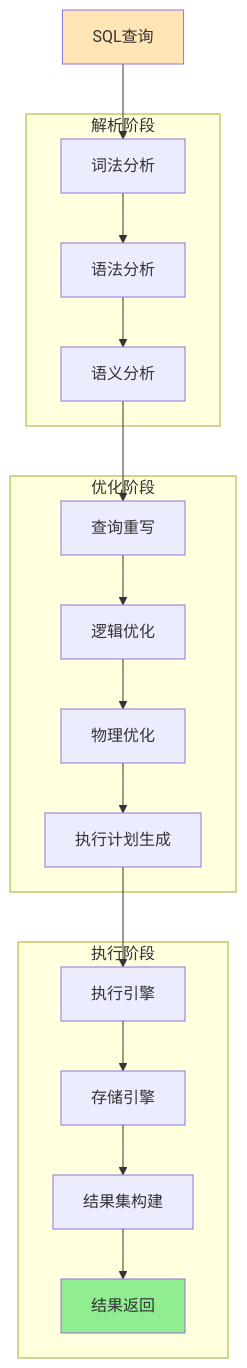
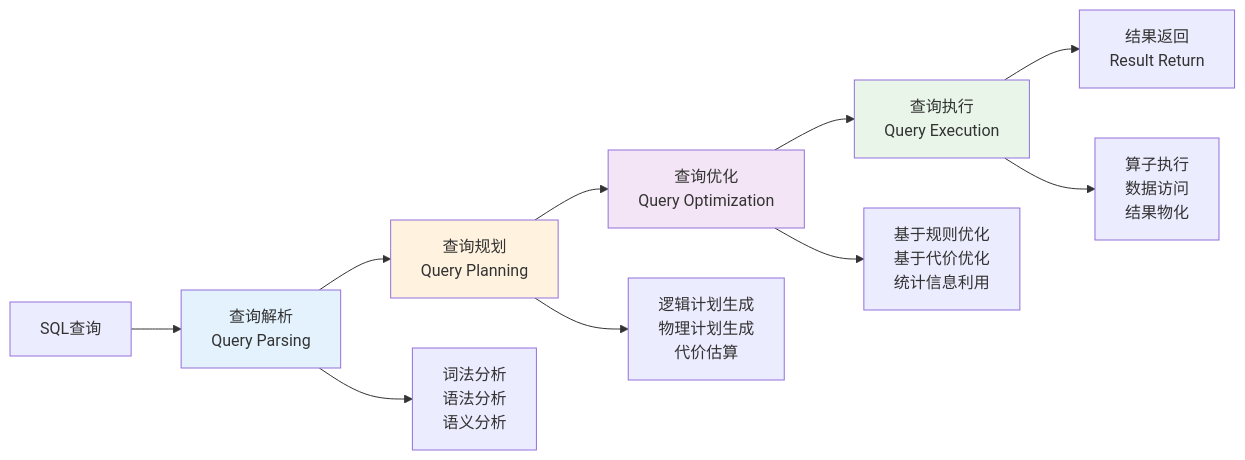
The first of 9 diagrams in md/第二章-相关背景与理论基础.md (crazypenguincode/duckdb), drawn with Mermaid before and after one commit. The commit also changed other lines of this file and 361 other files, not shown here.

````diff
--- a/md/第二章-相关背景与理论基础.md
+++ b/md/第二章-相关背景与理论基础.md
@@ -9,37 +9,18 @@
 ```mermaid
-graph TD
-    A[SQL查询] --> B[词法分析]
-    B --> C[语法分析]
-    C --> D[语义分析]
-    D --> E[查询重写]
-    E --> F[逻辑优化]
-    F --> G[物理优化]
-    G --> H[执行计划生成]
-    H --> I[执行引擎]
-    I --> J[存储引擎]
-    J --> K[结果集构建]
-    K --> L[结果返回]
+graph LR
+    A[SQL查询] --> B[查询解析<br/>Query Parsing]
+    B --> C[查询规划<br/>Query Planning]
+    C --> D[查询优化<br/>Query Optimization]
+    D --> E[查询执行<br/>Query Execution]
+    E --> F[结果返回<br/>Result Return]
     
-    subgraph "解析阶段"
-        B
-        C
-        D
-    end
+    B --> B1[词法分析<br/>语法分析<br/>语义分析]
+    C --> C1[逻辑计划生成<br/>物理计划生成<br/>代价估算]
+    D --> D1[基于规则优化<br/>基于代价优化<br/>统计信息利用]
+    E --> E1[算子执行<br/>数据访问<br/>结果物化]
     
-    subgraph "优化阶段"
-        E
-        F
-        G
-        H
-    end
-    
-    subgraph "执行阶段"
-        I
-        J
-        K
-        L
-    end
-    
-    style A fill:#FFE4B5
-    style L fill:#90EE90
+    style B fill:#e3f2fd
+    style C fill:#fff3e0
+    style D fill:#f3e5f5
+    style E fill:#e8f5e8
 ```
````
